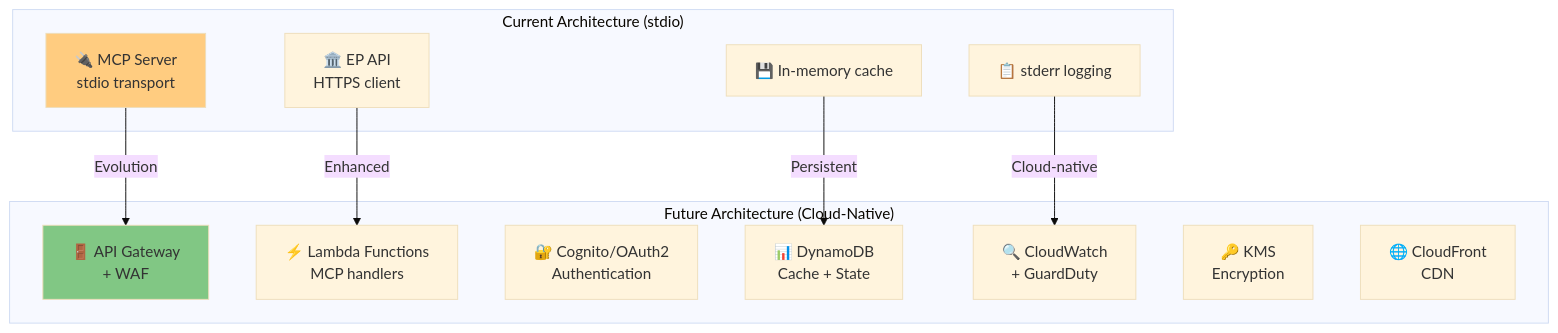
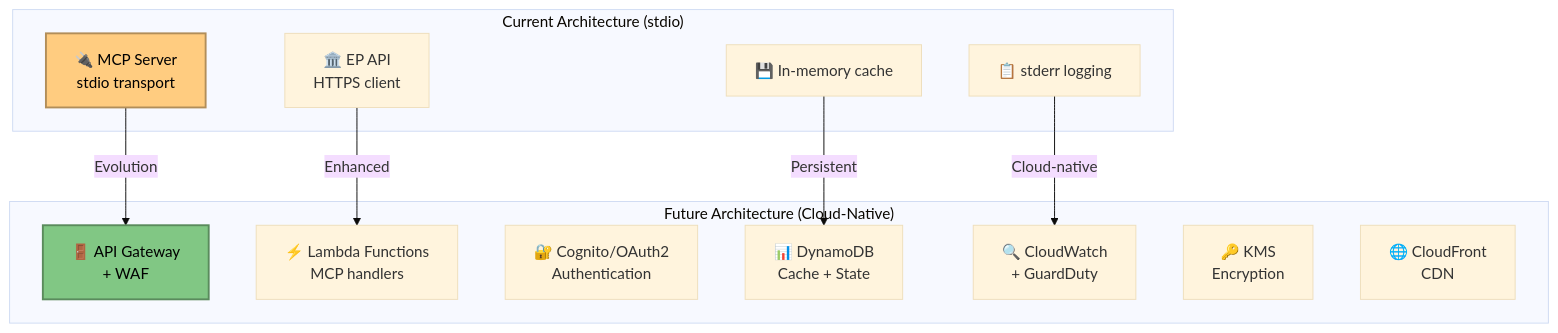
Before and after one commit to Hack23/European-Parliament-MCP-Server: the first of 7 diagrams in api-markdown/_media/FUTURE_THREAT_MODEL.md, drawn with Mermaid (base theme). The commit also changed other lines of this file and 1837 other files, not shown here.

````diff
--- a/api-markdown/_media/FUTURE_THREAT_MODEL.md
+++ b/api-markdown/_media/FUTURE_THREAT_MODEL.md
@@ -90,27 +90,31 @@
 ```mermaid
 graph TB
     subgraph "Current Architecture (stdio)"
         CA[🔌 MCP Server<br/>stdio transport]
         CB[🏛️ EP API<br/>HTTPS client]
         CC[💾 In-memory cache]
         CD[📋 stderr logging]
     end
 
     subgraph "Future Architecture (Cloud-Native)"
         FA[🚪 API Gateway<br/>+ WAF]
         FB[⚡ Lambda Functions<br/>MCP handlers]
         FC[🔐 Cognito/OAuth2<br/>Authentication]
         FD[📊 DynamoDB<br/>Cache + State]
         FE[🔍 CloudWatch<br/>+ GuardDuty]
         FF[🔑 KMS<br/>Encryption]
         FG[🌐 CloudFront<br/>CDN]
     end
 
     CA -->|Evolution| FA
     CB -->|Enhanced| FB
     CC -->|Persistent| FD
     CD -->|Cloud-native| FE
 
-    style CA fill:#ffcc80
-    style FA fill:#81c784
+    style CA fill:#ffcc80,stroke:#b28e59,stroke-width:2px,color:#000000
+
+
+    style FA fill:#81c784,stroke:#5a8b5c,stroke-width:2px,color:#000000
+
+
 ```
````
